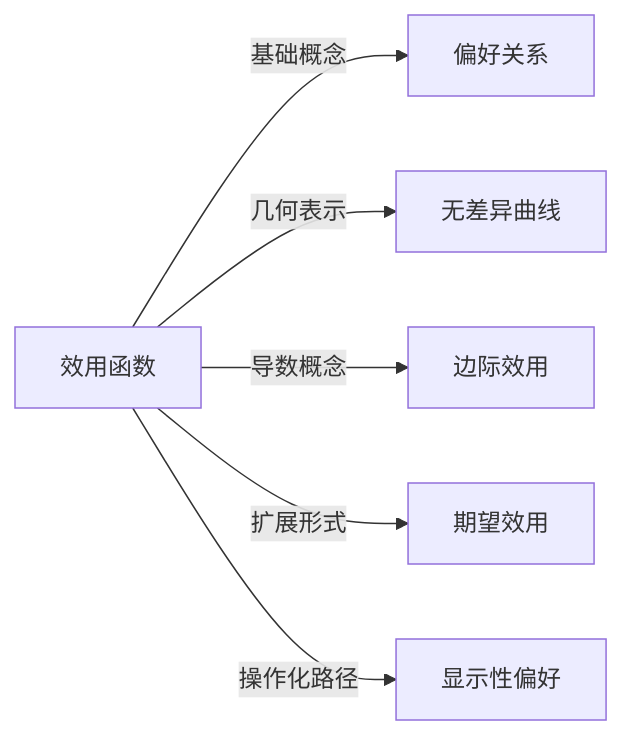
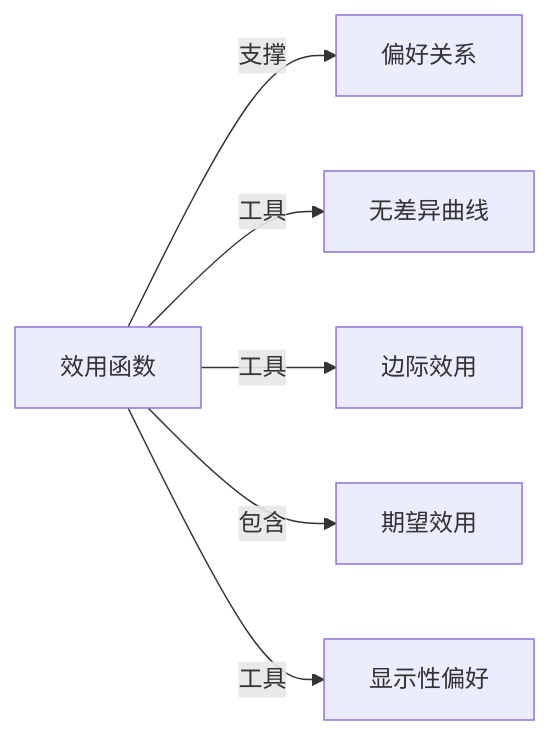
The diagram in Knowledge/Concepts/经济/效用函数.md (KIMMCHOW/MyKnowledge), drawn with Mermaid before and after one commit. The commit also changed 95 other files, not shown here.

Commit message:
reorganize: 统一关系图边标签为11类

````diff
--- a/Knowledge/Concepts/经济/效用函数.md
+++ b/Knowledge/Concepts/经济/效用函数.md
@@ -45,8 +45,8 @@
 ```mermaid
 graph LR
-效用函数 -->|基础概念| 偏好关系
-效用函数 -->|几何表示| 无差异曲线
-效用函数 -->|导数概念| 边际效用
-效用函数 -->|扩展形式| 期望效用
-效用函数 -->|操作化路径| 显示性偏好
+效用函数 -->|支撑| 偏好关系
+效用函数 -->|工具| 无差异曲线
+效用函数 -->|工具| 边际效用
+效用函数 -->|包含| 期望效用
+效用函数 -->|工具| 显示性偏好
 ```
````
